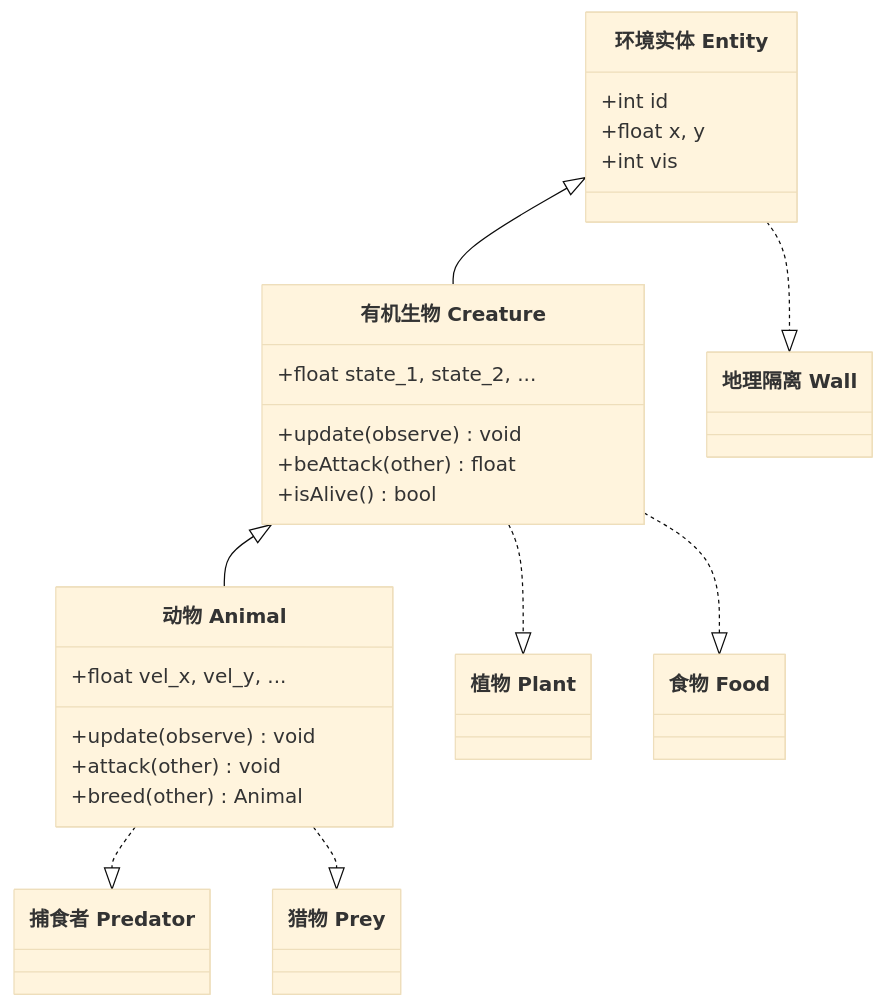
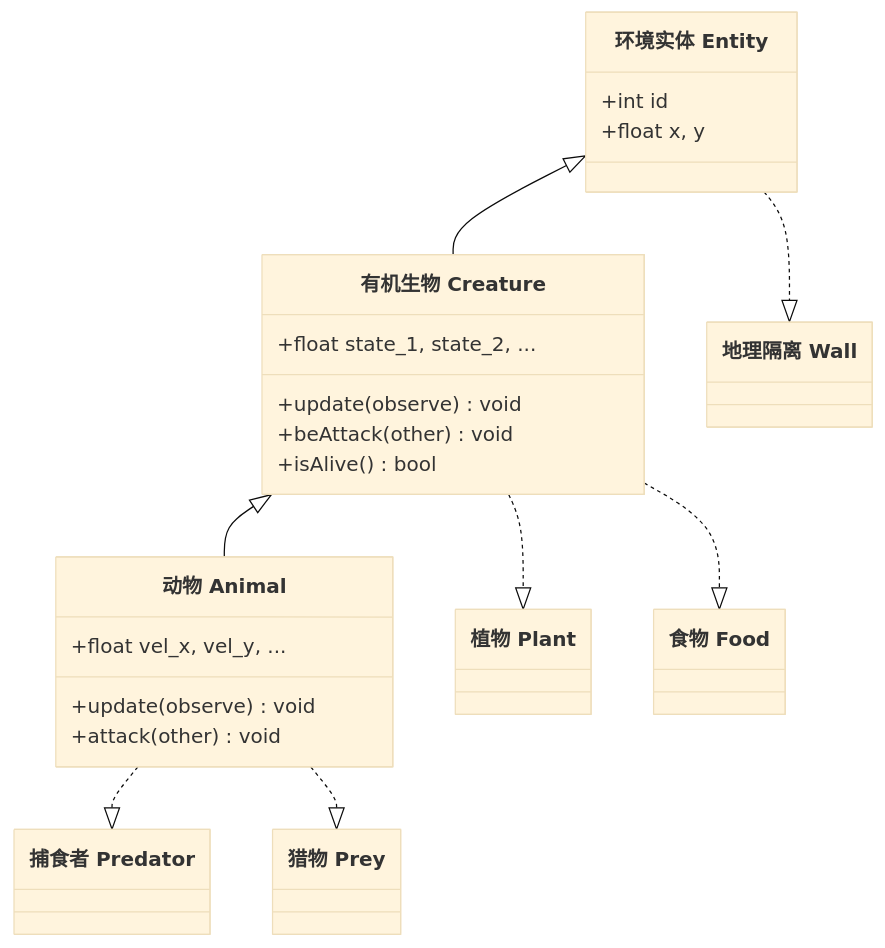
Before and after one commit to clostou/ecoSim: the third of 4 diagrams in ecoSim.md, drawn with Mermaid (base theme). The commit also changed other lines of this file and 2 other files, not shown here.

````diff
--- a/ecoSim.md
+++ b/ecoSim.md
@@ -354,35 +352,33 @@
 ```mermaid
 classDiagram
   class Entity ["环境实体 Entity"]{
     +int id
     +float x, y
-    +int vis
   }
   class Creature ["有机生物 Creature"]{
     +float state_1, state_2, ...
     +update(observe) void
-    +beAttack(other) float
+    +beAttack(other) void
     +isAlive() bool
   }
   class Animal ["动物 Animal"]{
     +float vel_x, vel_y, ...
     +update(observe) void
     +attack(other) void
-    +breed(other) Animal
   }
   
   class Wall ["地理隔离 Wall"]
   class Plant ["植物 Plant"]
   class Food ["食物 Food"]
   class Predator ["捕食者 Predator"]
   class Prey ["猎物 Prey"]
   
   Entity <|-- Creature
   Creature <|-- Animal
   
   Entity ..|> Wall
   Creature ..|> Plant
   Creature ..|> Food
   Animal ..|> Predator
   Animal ..|> Prey
 ```
````
